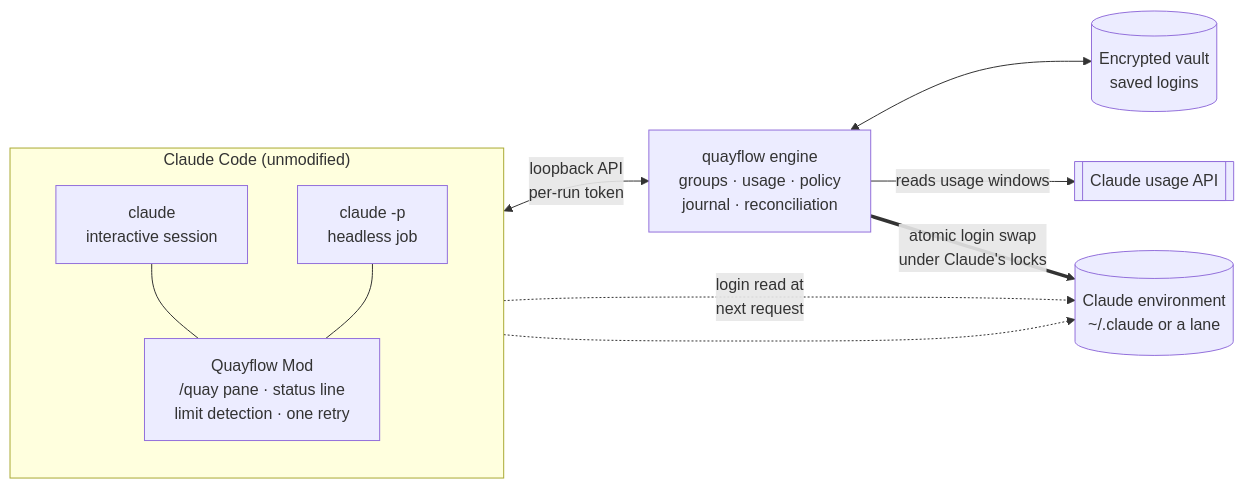
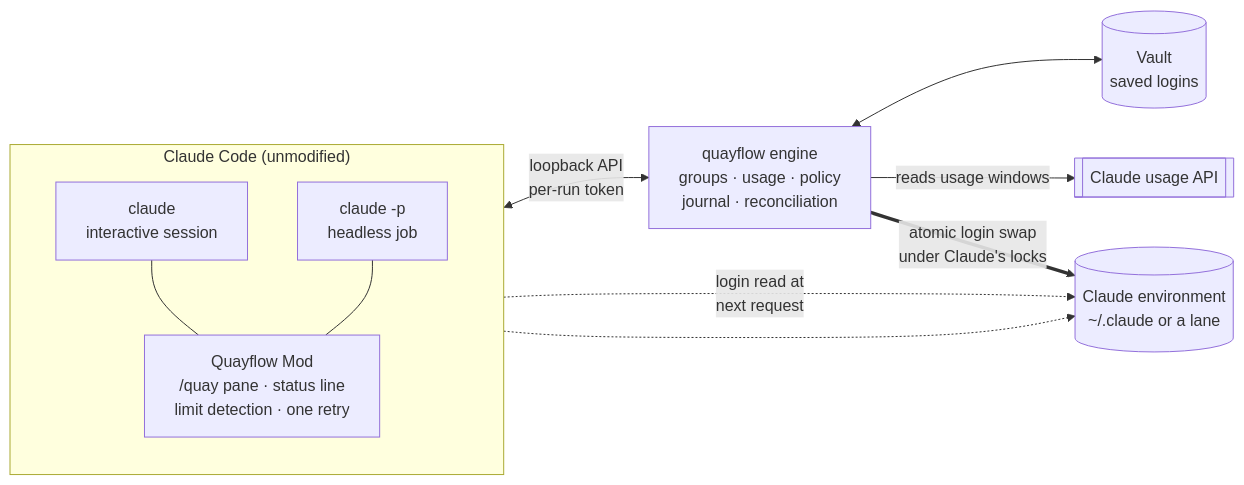
Before and after one commit to minhdaohuu/quayflow: the first of 3 diagrams in README.md, drawn with Mermaid. The commit also changed other lines of this file and 13 other files, not shown here.

````diff
--- a/README.md
+++ b/README.md
@@ -178,23 +206,23 @@
 ```mermaid
 flowchart LR
     subgraph CC["Claude Code (unmodified)"]
         direction TB
         S1["claude<br/>interactive session"]
         S2["claude -p<br/>headless job"]
         MOD["Quayflow Mod<br/>/quay pane · status line<br/>limit detection · one retry"]
         S1 --- MOD
         S2 --- MOD
     end
 
     ENG["quayflow engine<br/>groups · usage · policy<br/>journal · reconciliation"]
-    VAULT[("Encrypted vault<br/>saved logins")]
+    VAULT[("Vault<br/>saved logins")]
     USAGE[["Claude usage API"]]
     ENV[("Claude environment<br/>~/.claude or a lane")]
 
     MOD <-->|"loopback API<br/>per-run token"| ENG
     ENG <--> VAULT
     ENG -->|"reads usage windows"| USAGE
     ENG ==>|"atomic login swap<br/>under Claude's locks"| ENV
     S1 -.->|"login read at<br/>next request"| ENV
     S2 -.-> ENV
 ```
````
